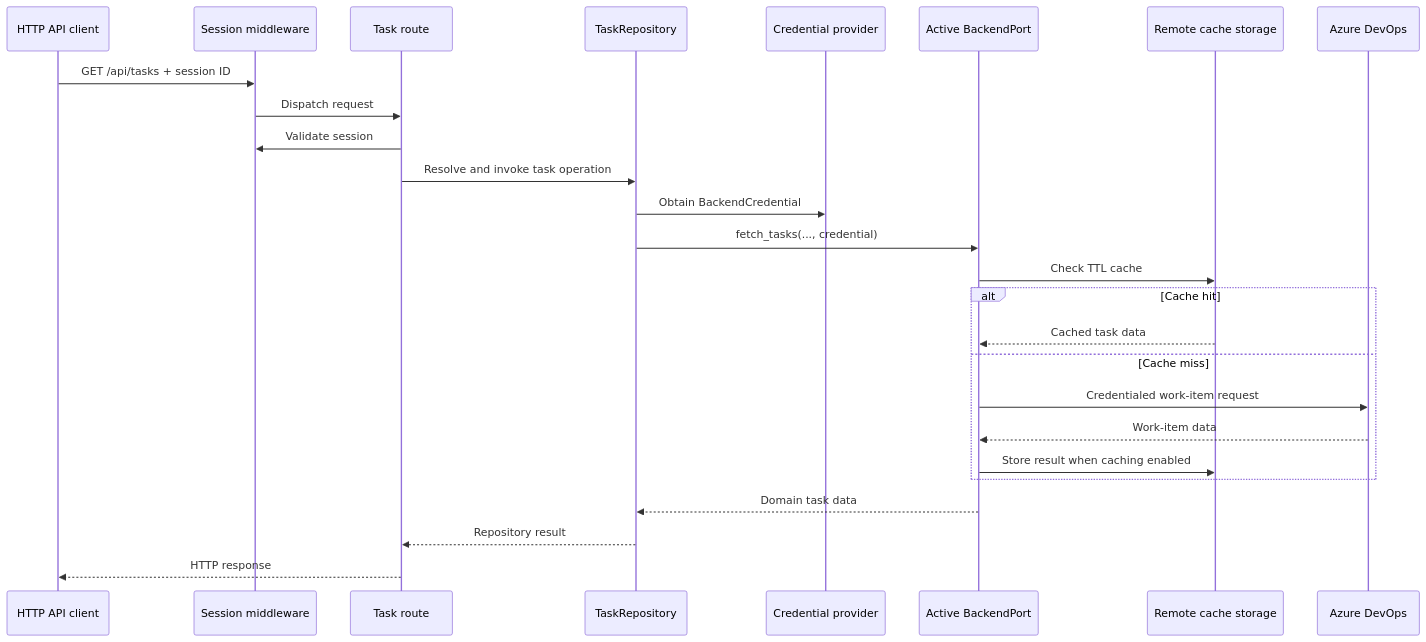
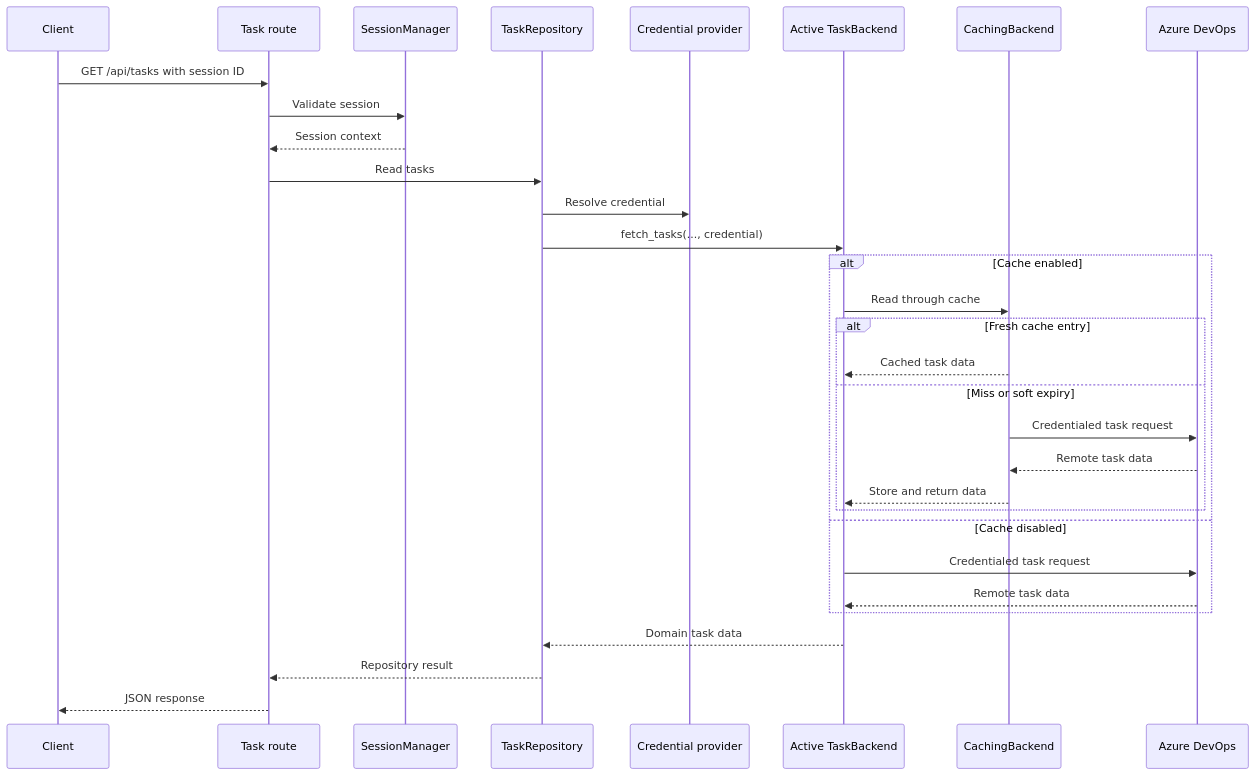
Before and after one commit to kpoppel/PlannerTool: the fifth of 5 diagrams in docs/ARCHITECTURE_SERVER.md, drawn with Mermaid. The commit also changed other lines of this file and 4 other files, not shown here.

````diff
--- a/docs/ARCHITECTURE_SERVER.md
+++ b/docs/ARCHITECTURE_SERVER.md
@@ -290,29 +281,34 @@
 ```mermaid
 sequenceDiagram
-    participant C as HTTP API client
-    participant M as Session middleware
+    participant C as Client
     participant R as Task route
+    participant S as SessionManager
     participant T as TaskRepository
     participant P as Credential provider
-    participant B as Active BackendPort
-    participant K as Remote cache storage
+    participant B as Active TaskBackend
+    participant K as CachingBackend
     participant A as Azure DevOps
 
-    C->>M: GET /api/tasks + session ID
-    M->>R: Dispatch request
-    R->>M: Validate session
-    R->>T: Resolve and invoke task operation
-    T->>P: Obtain BackendCredential
+    C->>R: GET /api/tasks with session ID
+    R->>S: Validate session
+    S-->>R: Session context
+    R->>T: Read tasks
+    T->>P: Resolve credential
     T->>B: fetch_tasks(..., credential)
-    B->>K: Check TTL cache
-    alt Cache hit
-        K-->>B: Cached task data
-    else Cache miss
-        B->>A: Credentialed work-item request
-        A-->>B: Work-item data
-        B->>K: Store result when caching enabled
+    alt Cache enabled
+        B->>K: Read through cache
+        alt Fresh cache entry
+            K-->>B: Cached task data
+        else Miss or soft expiry
+            K->>A: Credentialed task request
+            A-->>K: Remote task data
+            K-->>B: Store and return data
+        end
+    else Cache disabled
+        B->>A: Credentialed task request
+        A-->>B: Remote task data
     end
     B-->>T: Domain task data
     T-->>R: Repository result
-    R-->>C: HTTP response
+    R-->>C: JSON response
 ```
````
